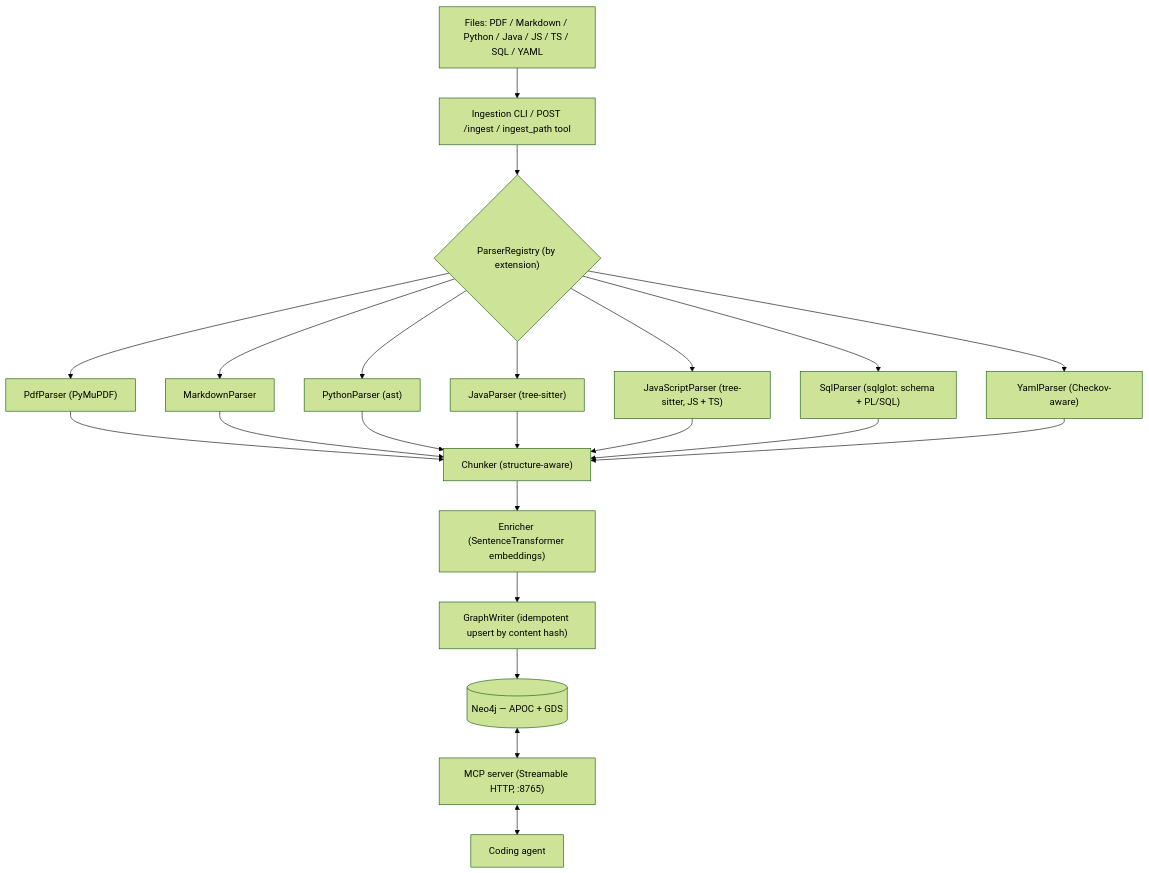
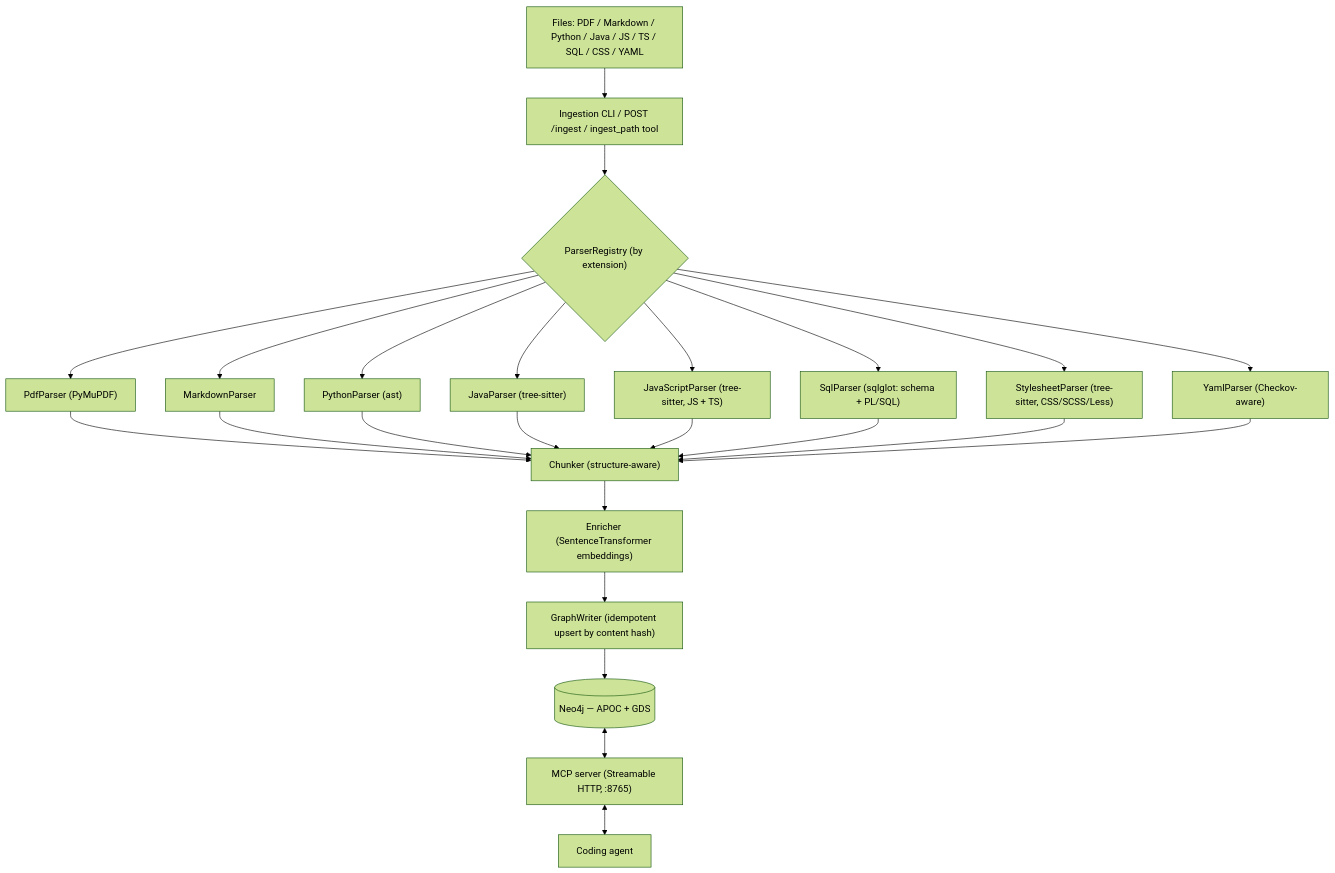
The diagram in docs/ARCHITECTURE.md (tmustafiz/graph-rag), drawn with Mermaid (forest theme) before and after one commit. The commit also changed other lines of this file and 15 other files, not shown here.

First line of the commit message:
CSS / SCSS / Less stylesheet parser (→ searchable chunks + @import edges) (#93)

````diff
--- a/docs/ARCHITECTURE.md
+++ b/docs/ARCHITECTURE.md
@@ -14,24 +14,26 @@
 ```mermaid
 flowchart TD
-    A["Files: PDF / Markdown / Python / Java / JS / TS / SQL / YAML"] --> B["Ingestion CLI / POST /ingest / ingest_path tool"]
+    A["Files: PDF / Markdown / Python / Java / JS / TS / SQL / CSS / YAML"] --> B["Ingestion CLI / POST /ingest / ingest_path tool"]
     B --> C{"ParserRegistry (by extension)"}
     C --> C1["PdfParser (PyMuPDF)"]
     C --> C2["MarkdownParser"]
     C --> C3["PythonParser (ast)"]
     C --> C4["JavaParser (tree-sitter)"]
     C --> C5["JavaScriptParser (tree-sitter, JS + TS)"]
     C --> C6["SqlParser (sqlglot: schema + PL/SQL)"]
-    C --> C7["YamlParser (Checkov-aware)"]
+    C --> C7["StylesheetParser (tree-sitter, CSS/SCSS/Less)"]
+    C --> C8["YamlParser (Checkov-aware)"]
     C1 --> D["Chunker (structure-aware)"]
     C2 --> D
     C3 --> D
     C4 --> D
     C5 --> D
     C6 --> D
     C7 --> D
+    C8 --> D
     D --> E["Enricher (SentenceTransformer embeddings)"]
     E --> F["GraphWriter (idempotent upsert by content hash)"]
     F --> G[("Neo4j — APOC + GDS")]
     G <--> H["MCP server (Streamable HTTP, :8765)"]
     H <--> I["Coding agent"]
 ```
````
